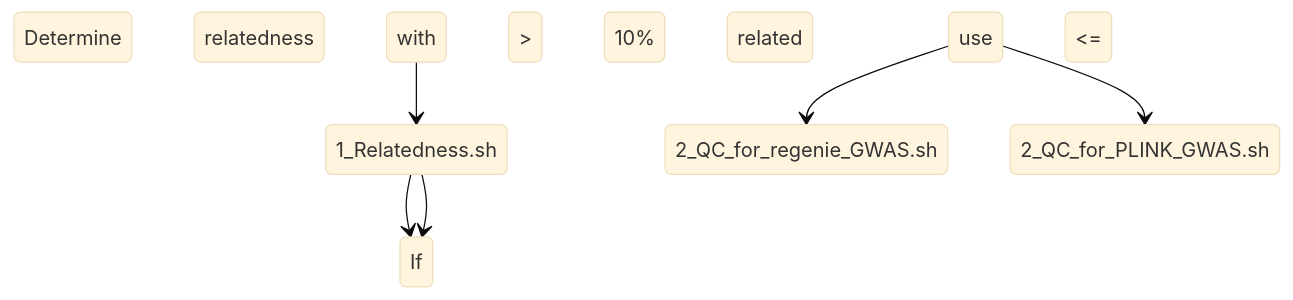
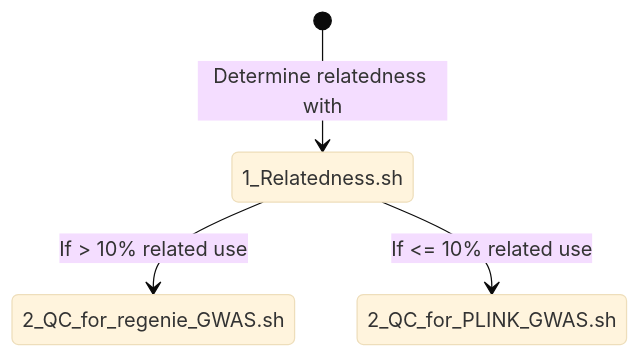
One commit to psychiatric-genomics-consortium/sex-stratified-depression changed the diagram in README.md. Above: the diagram before and after it, drawn with Mermaid (base theme).

````diff
--- a/README.md
+++ b/README.md
@@ -14,8 +14,7 @@
 ```mermaid
 stateDiagram-v2
- Determine relatedness with --> 1_Relatedness.sh
- 1_Relatedness.sh --> If > 10% related use
- 1_Relatedness.sh --> If <= 10% related use
- If > 10% related use --> 2_QC_for_regenie_GWAS.sh
- If <= 10% related use --> 2_QC_for_PLINK_GWAS.sh
+ [*] --> 1_Relatedness.sh : Determine relatedness with
+ 1_Relatedness.sh --> 2_QC_for_regenie_GWAS.sh : If > 10% related use
+ 1_Relatedness.sh --> 2_QC_for_PLINK_GWAS.sh : If <= 10% related use
+ 
 ```
````
